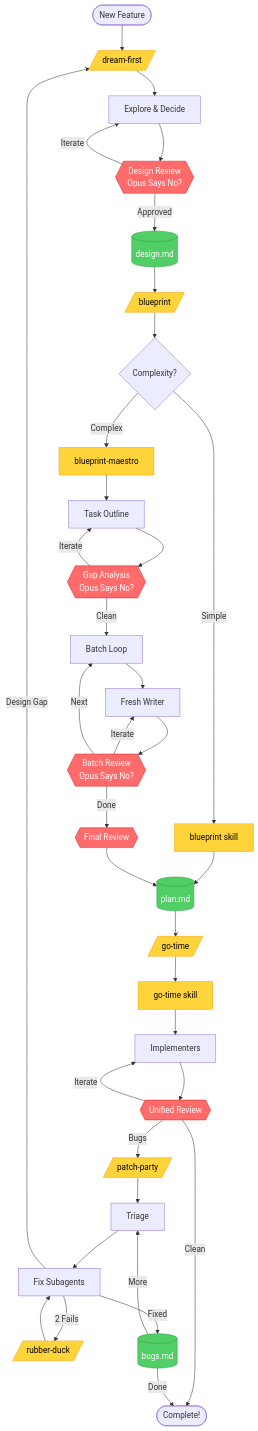
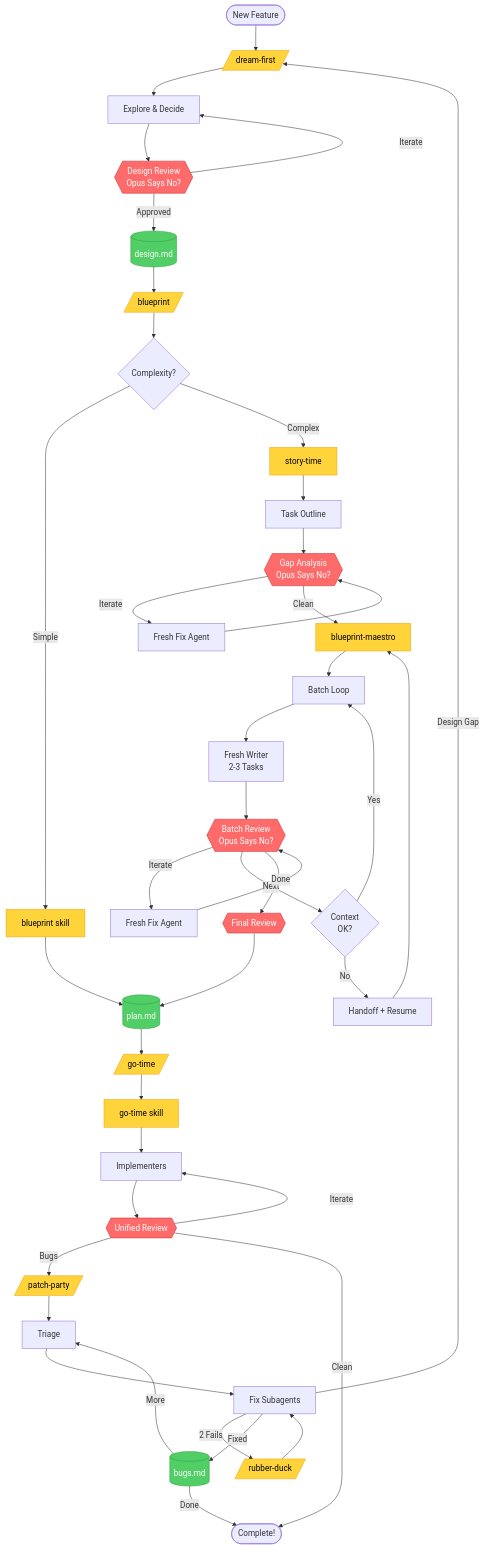
The diagram in README.md (zachswift615/opus-says-no), drawn with Mermaid before and after one commit. The commit also changed other lines of this file and 8 other files, not shown here.

First line of the commit message:
Extract story-time skill from blueprint-maestro and harden context management

````diff
--- a/README.md
+++ b/README.md
@@ -259,52 +273,58 @@
 ```mermaid
 flowchart TD
     Start([New Feature]) --> DreamFirst[/dream-first/]
     DreamFirst --> Explore[Explore & Decide]
     Explore --> DesignReview{{Design Review<br/>Opus Says No?}}
     DesignReview -->|Iterate| Explore
     DesignReview -->|Approved| DesignDoc[(design.md)]
 
     DesignDoc --> BlueprintCmd[/blueprint/]
     BlueprintCmd --> Assess{Complexity?}
 
     Assess -->|Simple| BlueprintSkill[blueprint skill]
     BlueprintSkill --> PlanDoc[(plan.md)]
 
-    Assess -->|Complex| Maestro[blueprint-maestro]
-    Maestro --> Outline[Task Outline]
+    Assess -->|Complex| StoryTime[story-time]
+    StoryTime --> Outline[Task Outline]
     Outline --> GapReview{{Gap Analysis<br/>Opus Says No?}}
-    GapReview -->|Iterate| Outline
-    GapReview -->|Clean| BatchLoop[Batch Loop]
+    GapReview -->|Iterate| GapFix[Fresh Fix Agent]
+    GapFix --> GapReview
+    GapReview -->|Clean| Maestro[blueprint-maestro]
 
-    BatchLoop --> Writer[Fresh Writer]
+    Maestro --> BatchLoop[Batch Loop]
+    BatchLoop --> Writer[Fresh Writer<br/>2-3 Tasks]
     Writer --> BatchReview{{Batch Review<br/>Opus Says No?}}
-    BatchReview -->|Iterate| Writer
-    BatchReview -->|Next| BatchLoop
+    BatchReview -->|Iterate| BatchFix[Fresh Fix Agent]
+    BatchFix --> BatchReview
+    BatchReview -->|Next| ContextCheck{Context<br/>OK?}
+    ContextCheck -->|Yes| BatchLoop
+    ContextCheck -->|No| Handoff[Handoff + Resume]
+    Handoff --> Maestro
     BatchReview -->|Done| FinalReview{{Final Review}}
     FinalReview --> PlanDoc
 
     PlanDoc --> GoTimeCmd[/go-time/]
     GoTimeCmd --> GoTime[go-time skill]
     GoTime --> Impl[Implementers]
     Impl --> UnifiedReview{{Unified Review}}
     UnifiedReview -->|Iterate| Impl
     UnifiedReview -->|Bugs| PatchParty[/patch-party/]
     UnifiedReview -->|Clean| Done([Complete!])
 
     PatchParty --> Triage[Triage]
     Triage --> FixAgent[Fix Subagents]
     FixAgent -->|2 Fails| RubberDuck[/rubber-duck/]
     RubberDuck --> FixAgent
     FixAgent -->|Design Gap| DreamFirst
     FixAgent -->|Fixed| BugsDoc[(bugs.md)]
     BugsDoc -->|More| Triage
     BugsDoc -->|Done| Done
 
     classDef reviewNode fill:#ff6b6b,stroke:#c92a2a,color:#fff
     classDef cmdNode fill:#ffd43b,stroke:#f59f00,color:#000
     classDef docNode fill:#51cf66,stroke:#2f9e44,color:#fff
 
     class DesignReview,GapReview,BatchReview,FinalReview,UnifiedReview reviewNode
-    class DreamFirst,BlueprintCmd,BlueprintSkill,Maestro,GoTimeCmd,GoTime,PatchParty,RubberDuck cmdNode
+    class DreamFirst,BlueprintCmd,BlueprintSkill,StoryTime,Maestro,GoTimeCmd,GoTime,PatchParty,RubberDuck cmdNode
     class DesignDoc,PlanDoc,BugsDoc docNode
 ```
````
